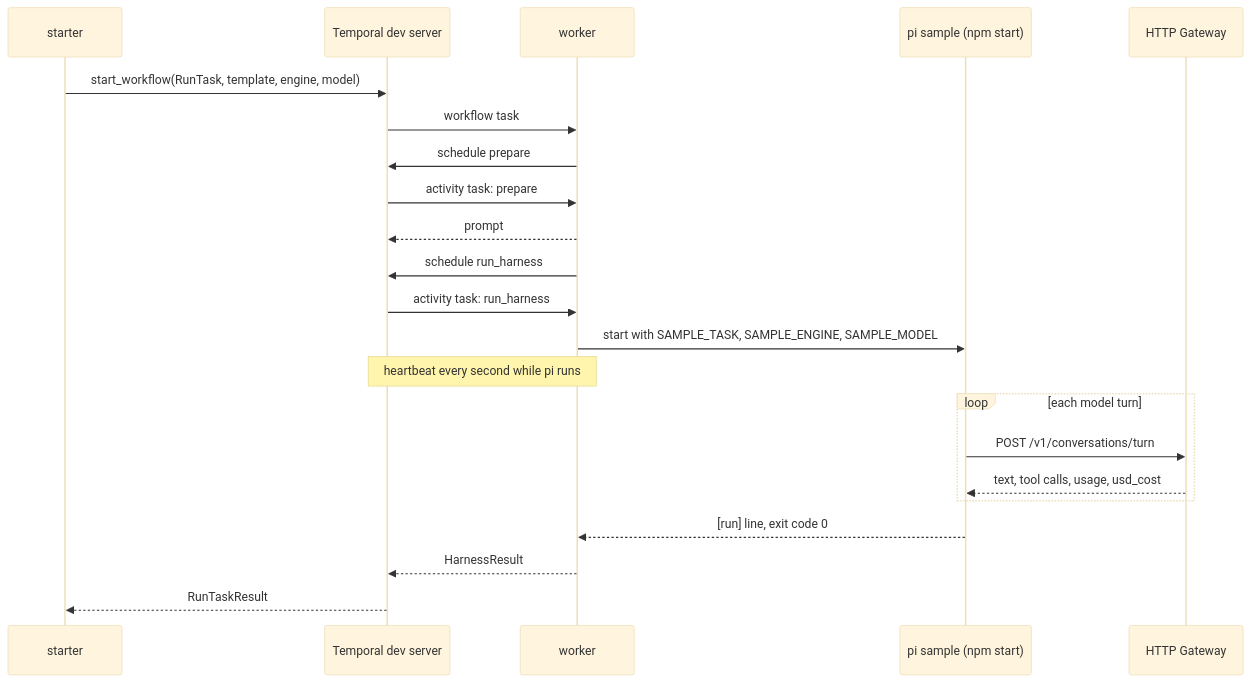
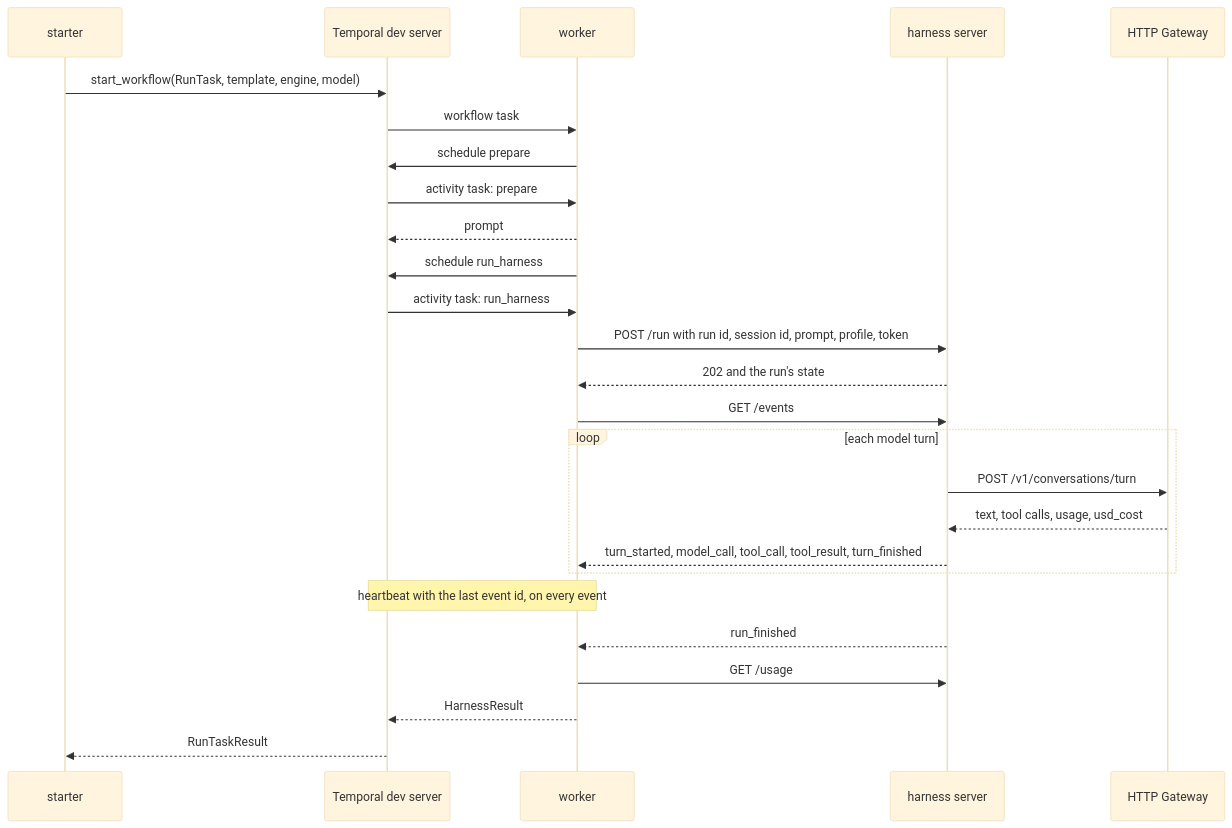
Before and after one commit to davecthomas/meta-harness: the diagram in samples/temporal-run-task/README.md, drawn with Mermaid (base theme). The commit also changed other lines of this file and 21 other files, not shown here.

First line of the commit message:
images/harness-pi: the harness server, the Run API over pi's SDK

````diff
--- a/samples/temporal-run-task/README.md
+++ b/samples/temporal-run-task/README.md
@@ -43,24 +51,28 @@
 ```mermaid
 sequenceDiagram
     participant S as starter
     participant T as Temporal dev server
     participant W as worker
-    participant P as pi sample (npm start)
+    participant H as harness server
     participant G as HTTP Gateway
     S->>T: start_workflow(RunTask, template, engine, model)
     T->>W: workflow task
     W->>T: schedule prepare
     T->>W: activity task: prepare
     W-->>T: prompt
     W->>T: schedule run_harness
     T->>W: activity task: run_harness
-    W->>P: start with SAMPLE_TASK, SAMPLE_ENGINE, SAMPLE_MODEL
-    Note over W,T: heartbeat every second while pi runs
+    W->>H: POST /run with run id, session id, prompt, profile, token
+    H-->>W: 202 and the run's state
+    W->>H: GET /events
     loop each model turn
-        P->>G: POST /v1/conversations/turn
-        G-->>P: text, tool calls, usage, usd_cost
+        H->>G: POST /v1/conversations/turn
+        G-->>H: text, tool calls, usage, usd_cost
+        H-->>W: turn_started, model_call, tool_call, tool_result, turn_finished
     end
-    P-->>W: [run] line, exit code 0
+    Note over W,T: heartbeat with the last event id, on every event
+    H-->>W: run_finished
+    W->>H: GET /usage
     W-->>T: HarnessResult
     T-->>S: RunTaskResult
 ```
````
